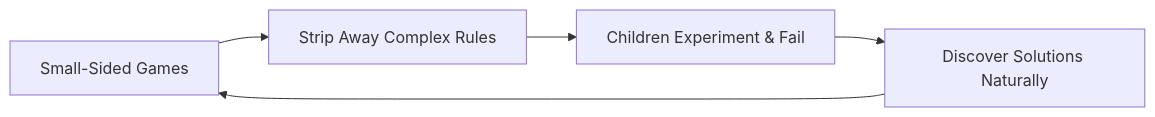
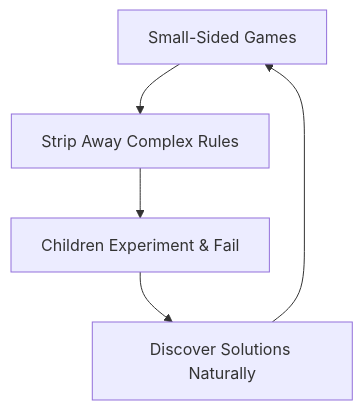
Before and after one commit to charlesjnichols/keeper-academy: the fourth of 11 diagrams in slides/02-curriculum-6-9.md, drawn with Mermaid. The commit also changed other lines of this file and 4 other files, not shown here.

````diff
--- a/slides/02-curriculum-6-9.md
+++ b/slides/02-curriculum-6-9.md
@@ -41,8 +86,7 @@
 ```mermaid {theme: 'seriph', scale: 0.7}
-flowchart LR
+flowchart TD
     A[Small-Sided Games] --> B[Strip Away Complex Rules]
     B --> D[Children Experiment & Fail]
     D --> E[Discover Solutions Naturally]
     E --> A
-
 ```
````
